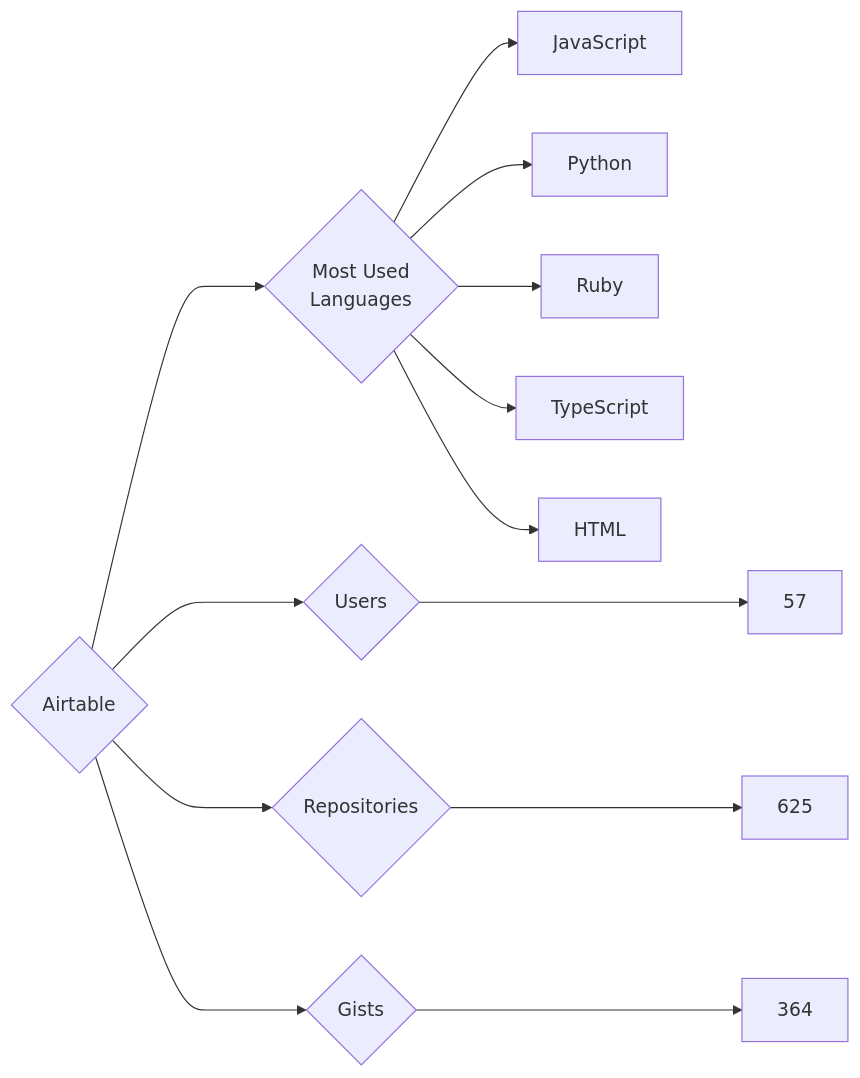
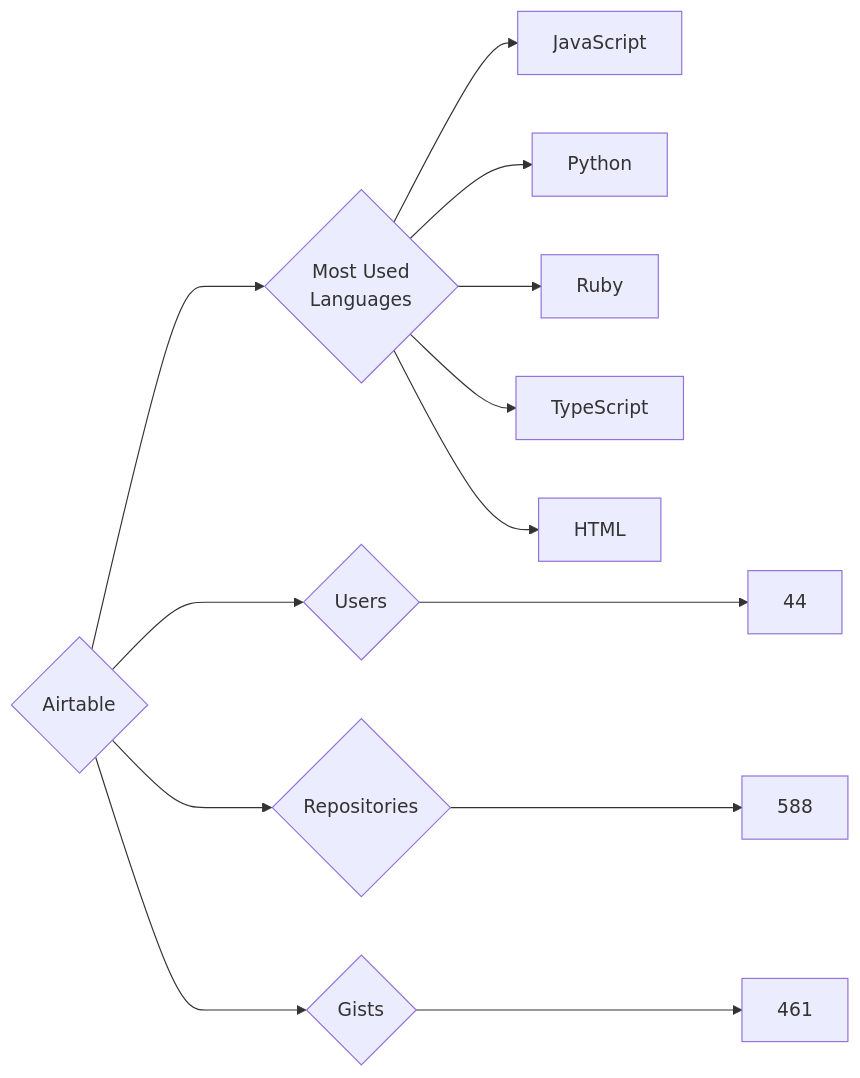
One commit to trickest/insiders changed the diagram in targets/Airtable/README.md. Above: the diagram before and after it, drawn with Mermaid. The commit also changed 912 other files, not shown here.

````diff
--- a/targets/Airtable/README.md
+++ b/targets/Airtable/README.md
@@ -3,13 +3,13 @@
 ```mermaid
 graph LR
 COMPANY_NAME{Airtable}
-COMPANY_NAME ---> U{Users} ---> UN[57]
-COMPANY_NAME ---> R{Repositories} ---> RN[625]
-COMPANY_NAME ---> G{Gists} ---> GN[364]
+COMPANY_NAME ---> U{Users} ---> UN[44]
+COMPANY_NAME ---> R{Repositories} ---> RN[588]
+COMPANY_NAME ---> G{Gists} ---> GN[461]
 COMPANY_NAME ---> ML{Most Used<br>Languages}
 ML --> JavaScript[JavaScript]
 ML --> Python[Python]
 ML --> Ruby[Ruby]
 ML --> TypeScript[TypeScript]
 ML --> HTML[HTML]
 ```
````
